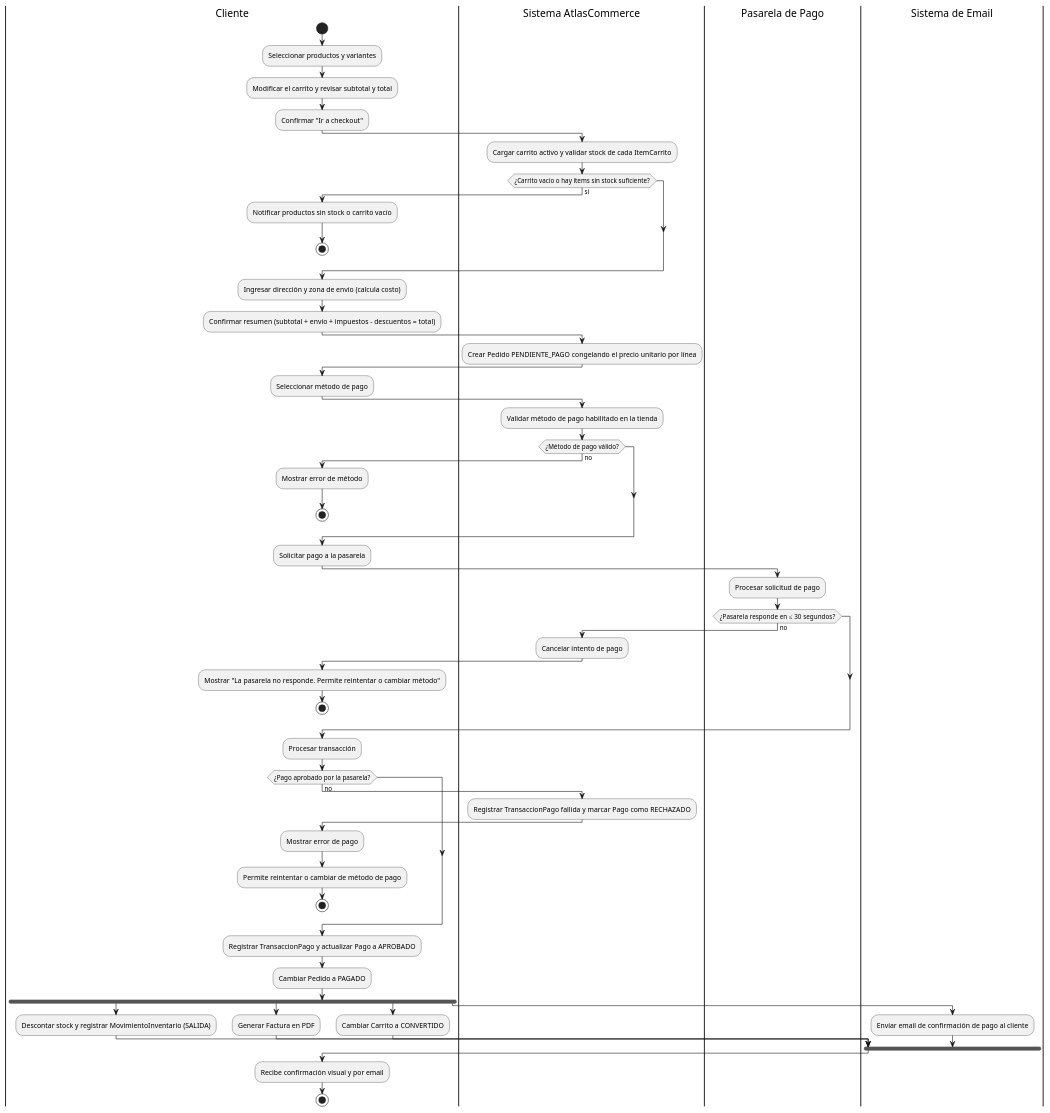
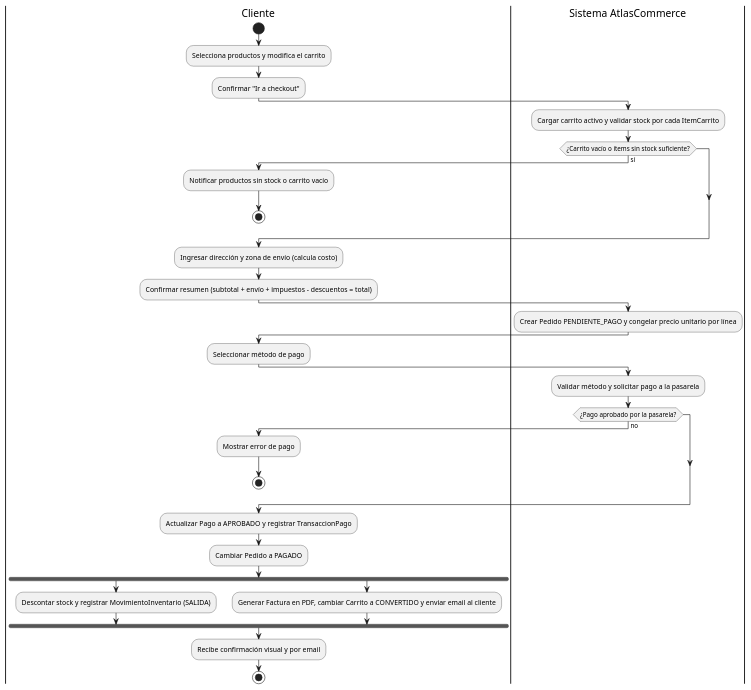
One commit to D4nitrix13/AtlasCommerce changed the diagram in docs/uml/8.3.1-actividad-checkout-pago-simple.puml. Above: the diagram before and after it, drawn with PlantUML. The commit also changed 11 other files, not shown here.

First line of the commit message:
docs(uml): simplificar diagramas de clases, actividad y estados

```diff
--- a/docs/uml/8.3.1-actividad-checkout-pago-simple.puml
+++ b/docs/uml/8.3.1-actividad-checkout-pago-simple.puml
@@ -1,79 +1,49 @@
 @startuml 8.3 - Actividad: Proceso de Checkout y Pago
 |Cliente|
 start
 
-:Seleccionar productos y variantes;
-:Modificar el carrito y revisar subtotal y total;
+:Selecciona productos y modifica el carrito;
 :Confirmar "Ir a checkout";
 
 |Sistema AtlasCommerce|
-:Cargar carrito activo y validar stock de cada ItemCarrito;
+:Cargar carrito activo y validar stock por cada ItemCarrito;
 
-if (¿Carrito vacío o hay ítems sin stock suficiente?) then (sí)
+if (¿Carrito vacío o ítems sin stock suficiente?) then (sí)
   |Cliente|
   :Notificar productos sin stock o carrito vacío;
   stop
 endif
 
 |Cliente|
 :Ingresar dirección y zona de envío (calcula costo);
 :Confirmar resumen (subtotal + envío + impuestos - descuentos = total);
 
 |Sistema AtlasCommerce|
-:Crear Pedido PENDIENTE_PAGO congelando el precio unitario por línea;
+:Crear Pedido PENDIENTE_PAGO y congelar precio unitario por línea;
 
 |Cliente|
 :Seleccionar método de pago;
 
 |Sistema AtlasCommerce|
-:Validar método de pago habilitado en la tienda;
+:Validar método y solicitar pago a la pasarela;
 
-if (¿Método de pago válido?) then (no)
+if (¿Pago aprobado por la pasarela?) then (no)
   |Cliente|
-  :Mostrar error de método;
+  :Mostrar error de pago;
   stop
 endif
 
-:Solicitar pago a la pasarela;
-
-|Pasarela de Pago|
-:Procesar solicitud de pago;
-
-if (¿Pasarela responde en ≤ 30 segundos?) then (no)
-  |Sistema AtlasCommerce|
-  :Cancelar intento de pago;
-  |Cliente|
-  :Mostrar "La pasarela no responde. Permite reintentar o cambiar método";
-  stop
-endif
-
-:Procesar transacción;
-
-if (¿Pago aprobado por la pasarela?) then (no)
-  |Sistema AtlasCommerce|
-  :Registrar TransaccionPago fallida y marcar Pago como RECHAZADO;
-  |Cliente|
-  :Mostrar error de pago;
-  :Permite reintentar o cambiar de método de pago;
-  stop
-endif
-
-:Registrar TransaccionPago y actualizar Pago a APROBADO;
+:Actualizar Pago a APROBADO y registrar TransaccionPago;
 :Cambiar Pedido a PAGADO;
 
 fork
   :Descontar stock y registrar MovimientoInventario (SALIDA);
 fork again
-  :Generar Factura en PDF;
-fork again
-  :Cambiar Carrito a CONVERTIDO;
-fork again
-  |Sistema de Email|
-  :Enviar email de confirmación de pago al cliente;
+  :Generar Factura en PDF, cambiar Carrito a CONVERTIDO y enviar email al cliente;
 end fork
 
 |Cliente|
 :Recibe confirmación visual y por email;
 
 stop
 @enduml
```
